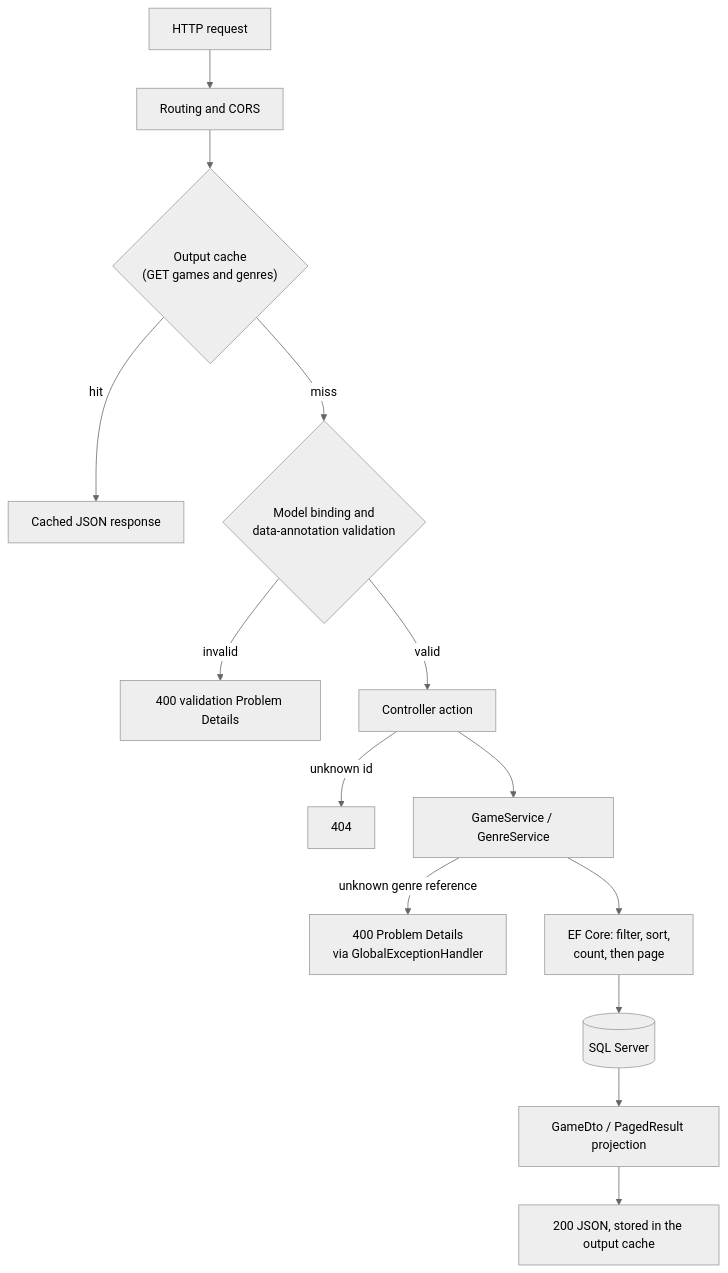
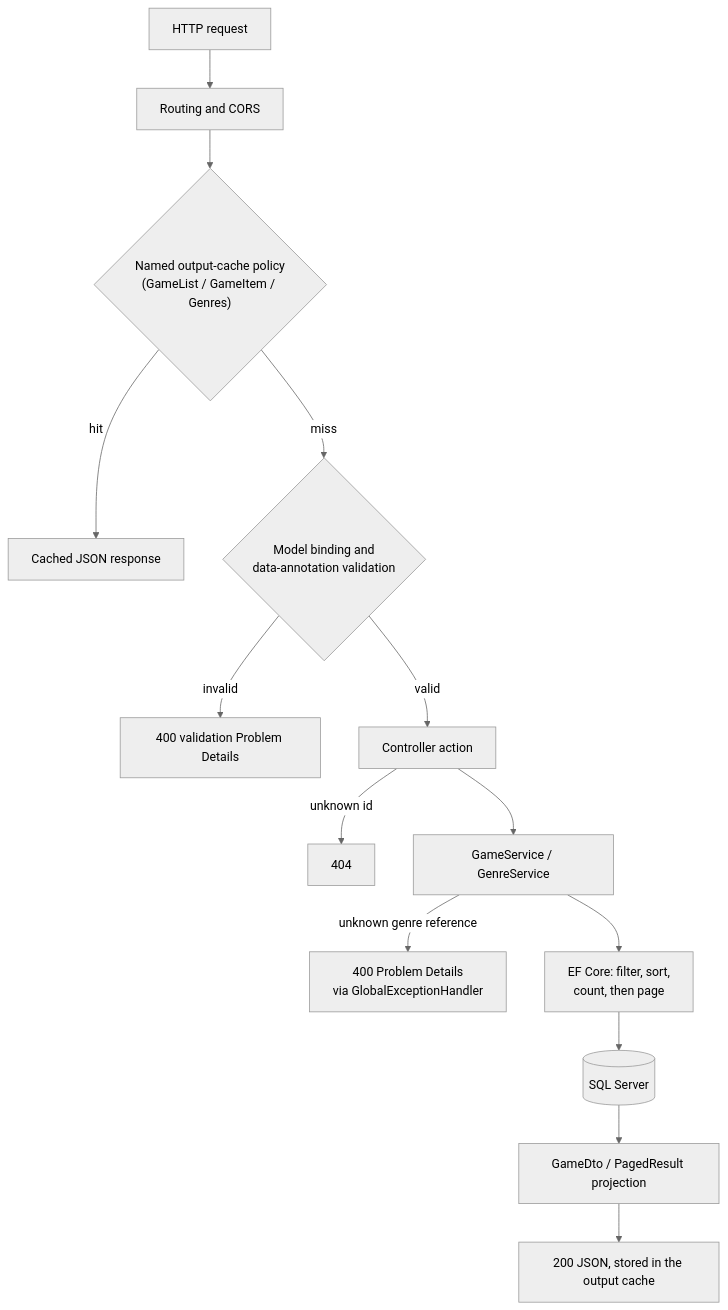
One commit to ivashchenko999/dlcg changed the first of 3 diagrams in backend/README.md. Above: the diagram before and after it, drawn with Mermaid (neutral theme). The commit also changed other lines of this file and 13 other files, not shown here.

````diff
--- a/backend/README.md
+++ b/backend/README.md
@@ -12,16 +12,16 @@
 ```mermaid
 flowchart TD
     A["HTTP request"] --> B["Routing and CORS"]
-    B --> C{"Output cache<br/>(GET games and genres)"}
+    B --> C{"Named output-cache policy<br/>(GameList / GameItem / Genres)"}
     C -- "hit" --> H["Cached JSON response"]
     C -- "miss" --> D{"Model binding and<br/>data-annotation validation"}
     D -- "invalid" --> E["400 validation Problem Details"]
     D -- "valid" --> F["Controller action"]
     F -- "unknown id" --> N["404"]
     F --> G["GameService / GenreService"]
     G -- "unknown genre reference" --> M["400 Problem Details<br/>via GlobalExceptionHandler"]
     G --> I["EF Core: filter, sort,<br/>count, then page"]
     I --> J[("SQL Server")]
     J --> K["GameDto / PagedResult projection"]
     K --> L["200 JSON, stored in the output cache"]
 ```
````
